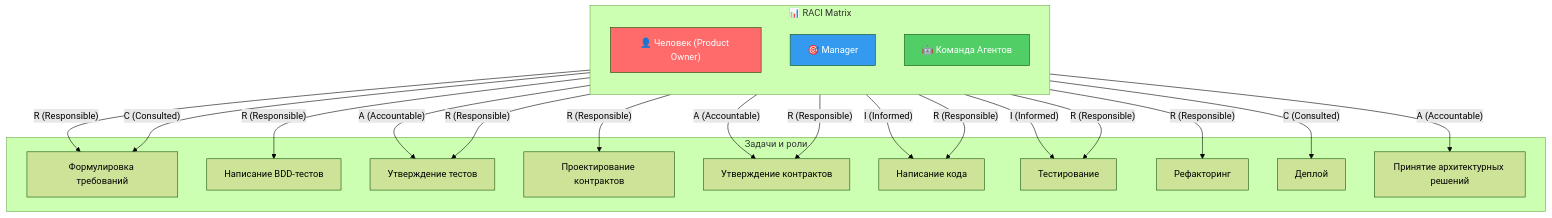
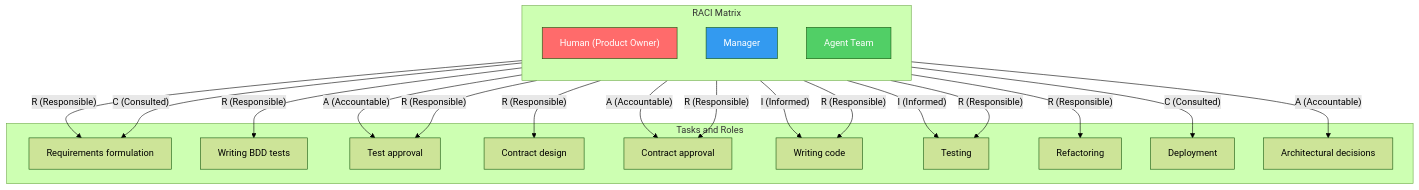
One commit to ad3002/masters-course-2025-vibe-coding changed the tenth of 13 diagrams in materials/workshop3.md. Above: the diagram before and after it, drawn with Mermaid (forest theme). The commit also changed other lines of this file, not shown here.

````diff
--- a/materials/workshop3.md
+++ b/materials/workshop3.md
@@ -570,45 +570,45 @@
 ```mermaid
 graph TD
-    subgraph "📊 RACI Matrix"
+    subgraph "RACI Matrix"
         direction TB
 
-        H["👤 Человек (Product Owner)"]
-        M["🎯 Manager"]
-        TEAM["🤖 Команда Агентов"]
+        H["Human (Product Owner)"]
+        M["Manager"]
+        TEAM["Agent Team"]
     end
 
-    subgraph "Задачи и роли"
-        T1["Формулировка требований"]
-        T2["Написание BDD-тестов"]
-        T3["Утверждение тестов"]
-        T4["Проектирование контрактов"]
-        T5["Утверждение контрактов"]
-        T6["Написание кода"]
-        T7["Тестирование"]
-        T8["Рефакторинг"]
-        T9["Деплой"]
-        T10["Принятие архитектурных решений"]
+    subgraph "Tasks and Roles"
+        T1["Requirements formulation"]
+        T2["Writing BDD tests"]
+        T3["Test approval"]
+        T4["Contract design"]
+        T5["Contract approval"]
+        T6["Writing code"]
+        T7["Testing"]
+        T8["Refactoring"]
+        T9["Deployment"]
+        T10["Architectural decisions"]
     end
 
     H -->|"R (Responsible)"| T1
     H -->|"A (Accountable)"| T3
     H -->|"A (Accountable)"| T5
     H -->|"A (Accountable)"| T10
 
     M -->|"R (Responsible)"| T3
     M -->|"R (Responsible)"| T5
     M -->|"C (Consulted)"| T1
     M -->|"I (Informed)"| T6
     M -->|"I (Informed)"| T7
 
     TEAM -->|"R (Responsible)"| T2
     TEAM -->|"R (Responsible)"| T4
     TEAM -->|"R (Responsible)"| T6
     TEAM -->|"R (Responsible)"| T7
     TEAM -->|"R (Responsible)"| T8
     TEAM -->|"C (Consulted)"| T9
 
     style H fill:#ff6b6b,color:#fff
     style M fill:#339af0,color:#fff
     style TEAM fill:#51cf66,color:#fff
 ```
````
